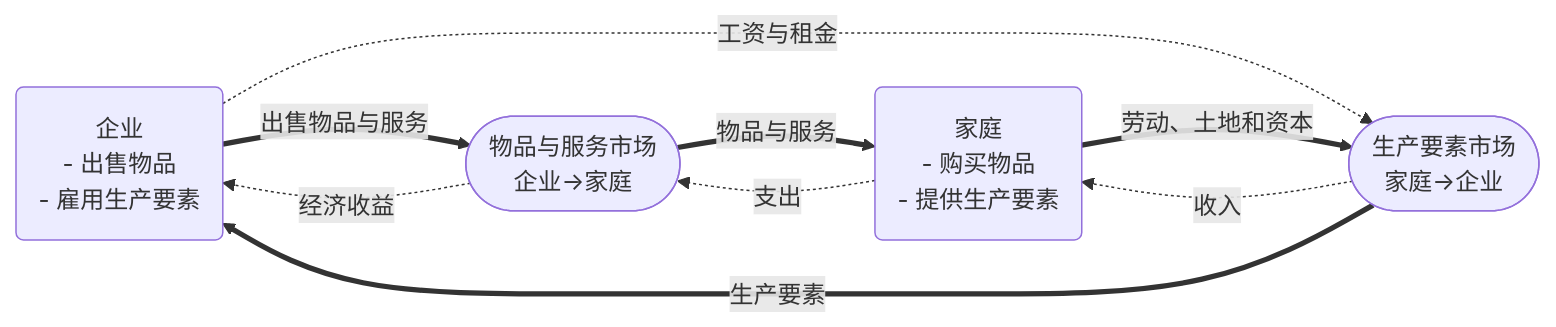
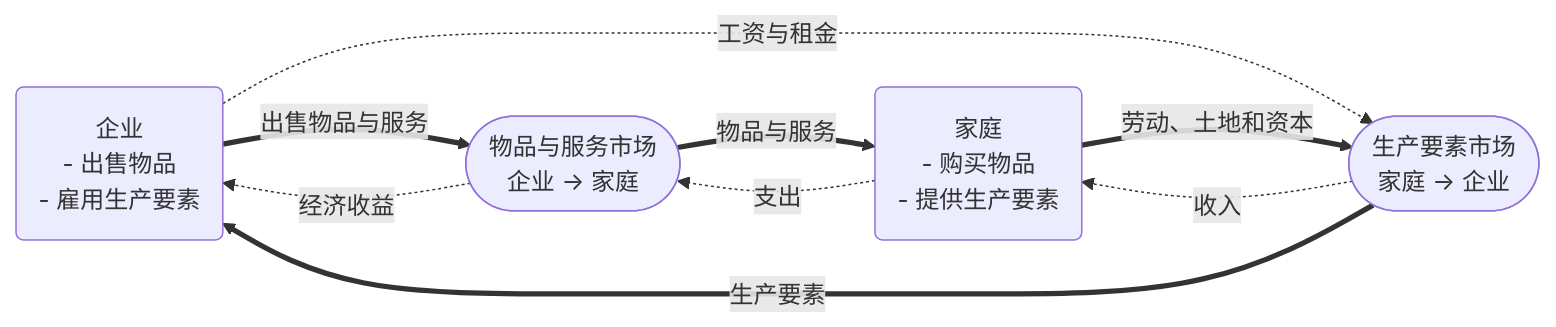
One commit to SunnyCloudYang/SunnyCloudYang.github.io changed the first of 18 diagrams in content/posts/microeconomics.md. Above: the diagram before and after it, drawn with Mermaid. The commit also changed other lines of this file and 25 other files, not shown here.

```diff
--- a/content/posts/microeconomics.md
+++ b/content/posts/microeconomics.md
@@ -98,15 +99,15 @@
 {{< mermaid >}}
 graph LR
-  A(企业<br>- 出售物品<br>- 雇用生产要素)
-  B1([物品与服务市场<br>企业→家庭])
-  B2([生产要素市场<br>家庭→企业])
-  C(家庭<br>- 购买物品<br>- 提供生产要素)
-  A ==出售物品与服务==> B1
-  A -.工资与租金.-> B2
-  B1 ==物品与服务==> C
-  B2 -.收入.-> C
-  C -.支出.-> B1
-  C ==劳动、土地和资本==> B2
-  B1 -.经济收益.-> A
-  B2 ==生产要素==> A
+A(企业<br>- 出售物品<br>- 雇用生产要素)
+B1([物品与服务市场<br>企业 → 家庭])
+B2([生产要素市场<br>家庭 → 企业])
+C(家庭<br>- 购买物品<br>- 提供生产要素)
+A ==出售物品与服务==> B1
+A -.工资与租金.-> B2
+B1 ==物品与服务==> C
+B2 -.收入.-> C
+C -.支出.-> B1
+C ==劳动、土地和资本==> B2
+B1 -.经济收益.-> A
+B2 ==生产要素==> A
 {{< /mermaid >}}
```
